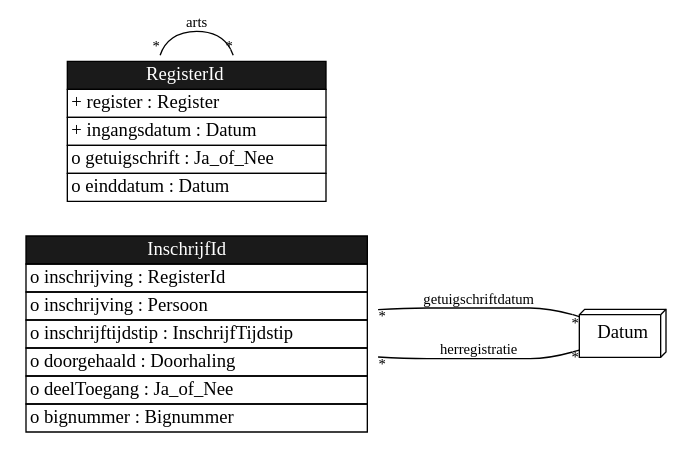
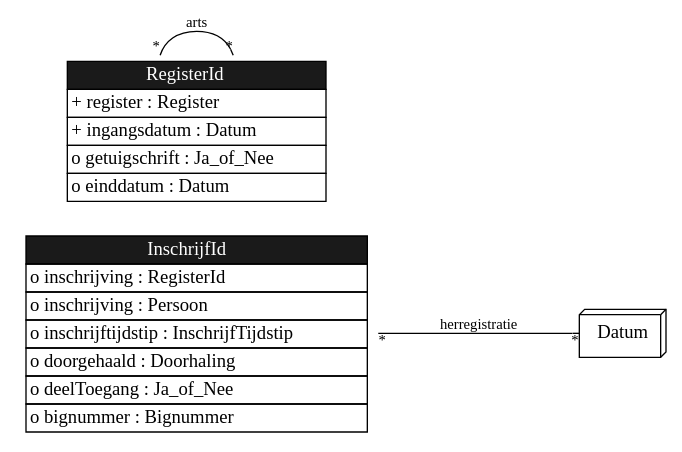
Before and after one commit to gedelaar/BIG: the diagram in docs/images/RelationsInPatternArts.gv, drawn with Graphviz. The commit also changed 206 other files, not shown here.

```diff
--- a/docs/images/RelationsInPatternArts.gv
+++ b/docs/images/RelationsInPatternArts.gv
@@ -1,32 +1,27 @@
 digraph {
 	graph [bgcolor=white,
 		rankdir=LR
 	];
 	node [label="\N"];
 	edge [fontsize=11,
 		minlen=4
 	];
 	InschrijfId	[color=purple,
 		label=<<TABLE BGCOLOR="white" COLOR="black" BORDER="0" CELLBORDER="1" CELLSPACING="0"><TR><TD BGCOLOR="gray10" COLOR="black"><FONT COLOR="white">InschrijfId</FONT></TD></TR><TR><TD ALIGN="LEFT" PORT="inschrijving">o inschrijving : RegisterId</TD></TR><TR><TD ALIGN="LEFT" PORT="inschrijving">o inschrijving : Persoon</TD></TR><TR><TD ALIGN="LEFT" PORT="inschrijftijdstip">o inschrijftijdstip : InschrijfTijdstip</TD></TR><TR><TD ALIGN="LEFT" PORT="doorgehaald">o doorgehaald : Doorhaling</TD></TR><TR><TD ALIGN="LEFT" PORT="deelToegang">o deelToegang : Ja_of_Nee</TD></TR><TR><TD ALIGN="LEFT" PORT="bignummer">o bignummer : Bignummer</TD></TR></TABLE>>,
 		shape=plaintext];
 	Datum	[label=Datum,
 		shape=box3d];
-	InschrijfId:getuigschriftdatum -> Datum	[arrowhead=onone,
-		headlabel="*",
-		label=getuigschriftdatum,
-		labelfloat=true,
-		taillabel="*"];
 	InschrijfId:herregistratie -> Datum	[arrowhead=onone,
 		headlabel="*",
 		label=herregistratie,
 		labelfloat=true,
 		taillabel="*"];
 	RegisterId	[color=purple,
 		label=<<TABLE BGCOLOR="white" COLOR="black" BORDER="0" CELLBORDER="1" CELLSPACING="0"><TR><TD BGCOLOR="gray10" COLOR="black"><FONT COLOR="white">RegisterId</FONT></TD></TR><TR><TD ALIGN="LEFT" PORT="register">+ register : Register</TD></TR><TR><TD ALIGN="LEFT" PORT="ingangsdatum">+ ingangsdatum : Datum</TD></TR><TR><TD ALIGN="LEFT" PORT="getuigschrift">o getuigschrift : Ja_of_Nee</TD></TR><TR><TD ALIGN="LEFT" PORT="einddatum">o einddatum : Datum</TD></TR></TABLE>>,
 		shape=plaintext];
 	RegisterId:arts -> RegisterId	[arrowhead=onone,
 		headlabel="*",
 		label=arts,
 		labelfloat=true,
 		taillabel="*"];
 }
```
